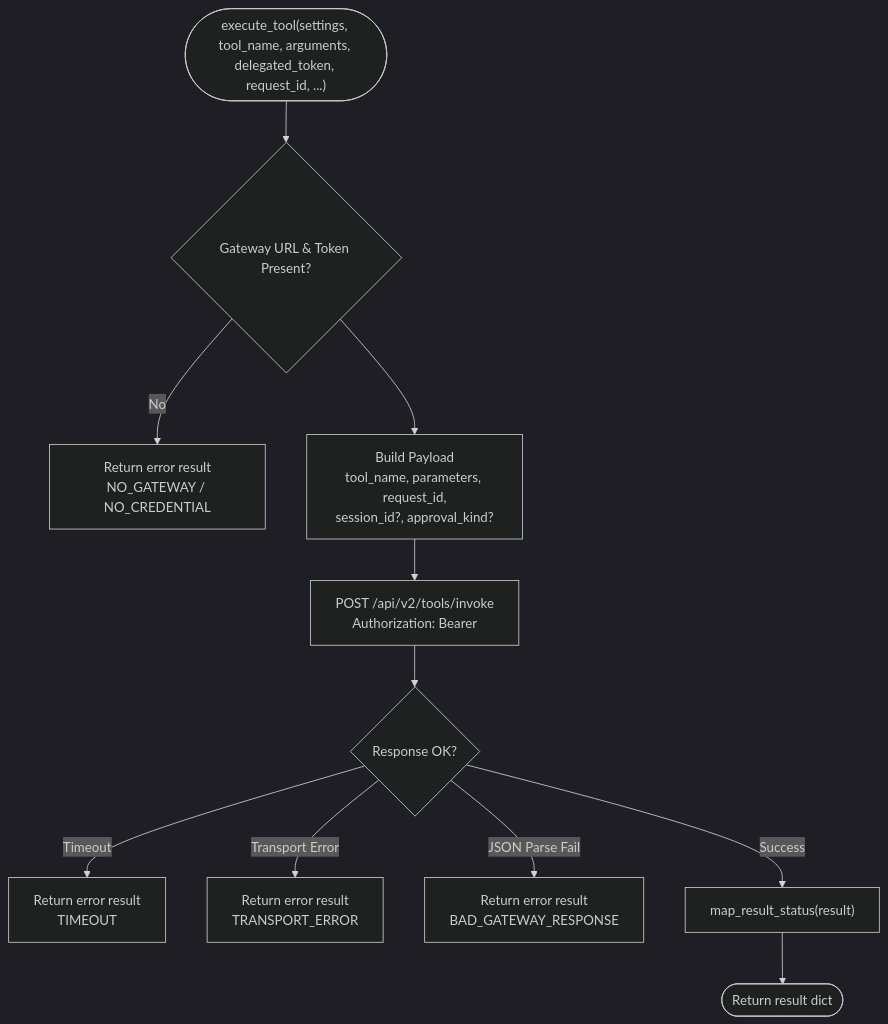
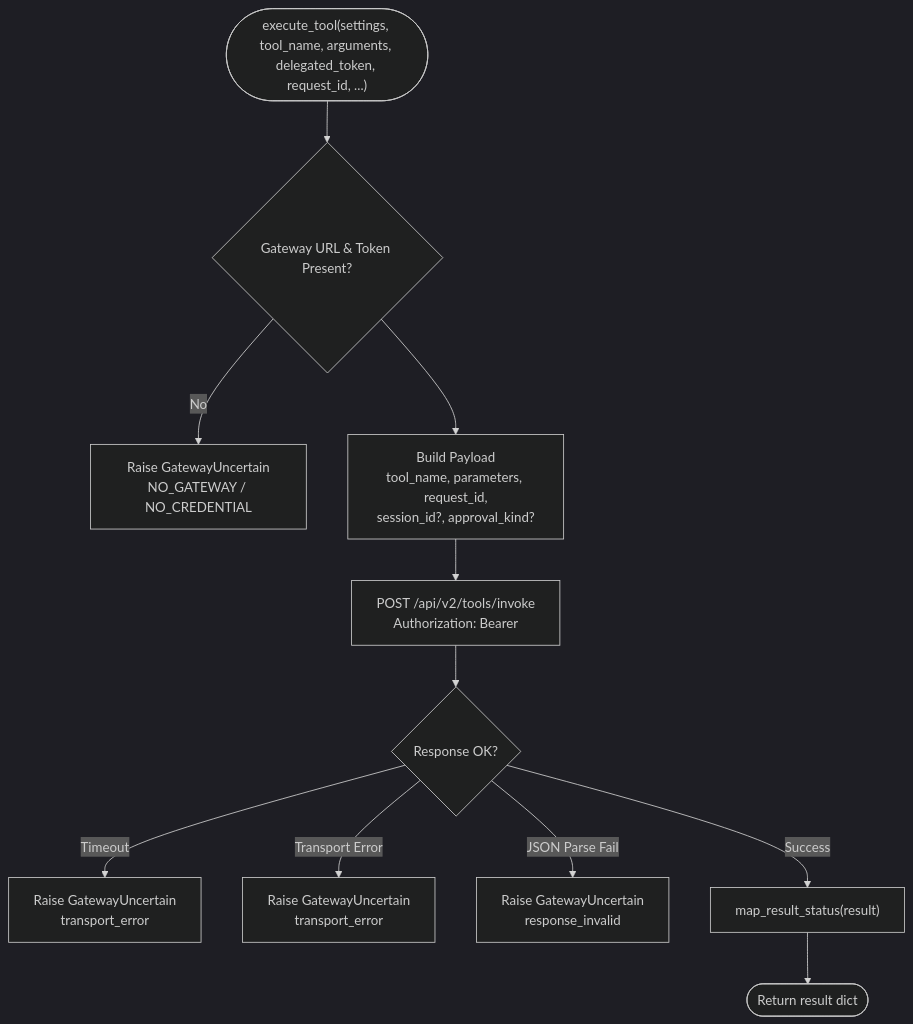
The fourth of 9 diagrams in .qoder/repowiki/en/content/Core Services/Execution Runtime.md (metasync/luban-aiops), drawn with Mermaid (dark theme) before and after one commit. The commit also changed other lines of this file and 19 other files, not shown here.

````diff
--- a/.qoder/repowiki/en/content/Core Services/Execution Runtime.md
+++ b/.qoder/repowiki/en/content/Core Services/Execution Runtime.md
@@ -181,13 +214,13 @@
 ```mermaid
 flowchart TD
 Entry(["execute_tool(settings, tool_name, arguments, delegated_token, request_id, ...)"]) --> CheckCfg{"Gateway URL & Token Present?"}
-CheckCfg --> |No| ErrCfg["Return error result<br/>NO_GATEWAY / NO_CREDENTIAL"]
+CheckCfg --> |No| ErrCfg["Raise GatewayUncertain<br/>NO_GATEWAY / NO_CREDENTIAL"]
 CheckCfg --> Build["Build Payload<br/>tool_name, parameters, request_id,<br/>session_id?, approval_kind?"]
 Build --> Call["POST /api/v2/tools/invoke<br/>Authorization: Bearer <token>"]
 Call --> Resp{"Response OK?"}
-Resp --> |Timeout| ErrTimeout["Return error result<br/>TIMEOUT"]
-Resp --> |Transport Error| ErrTransport["Return error result<br/>TRANSPORT_ERROR"]
-Resp --> |JSON Parse Fail| ErrBad["Return error result<br/>BAD_GATEWAY_RESPONSE"]
+Resp --> |Timeout| ErrTimeout["Raise GatewayUncertain<br/>transport_error"]
+Resp --> |Transport Error| ErrTransport["Raise GatewayUncertain<br/>transport_error"]
+Resp --> |JSON Parse Fail| ErrBad["Raise GatewayUncertain<br/>response_invalid"]
 Resp --> |Success| Map["map_result_status(result)"]
 Map --> Exit(["Return result dict"])
 ```
````
